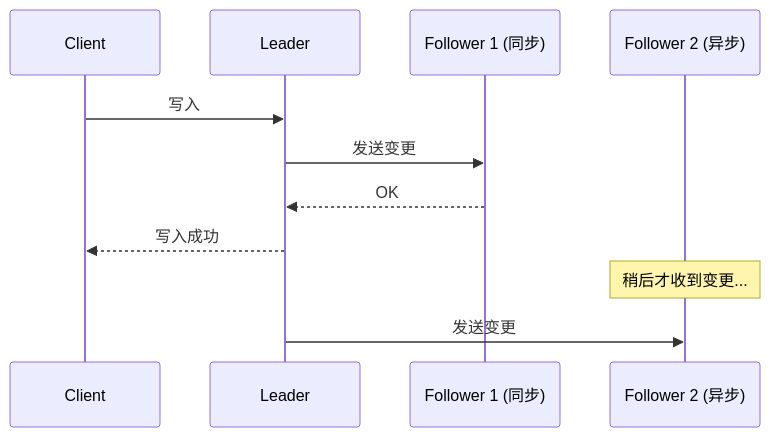
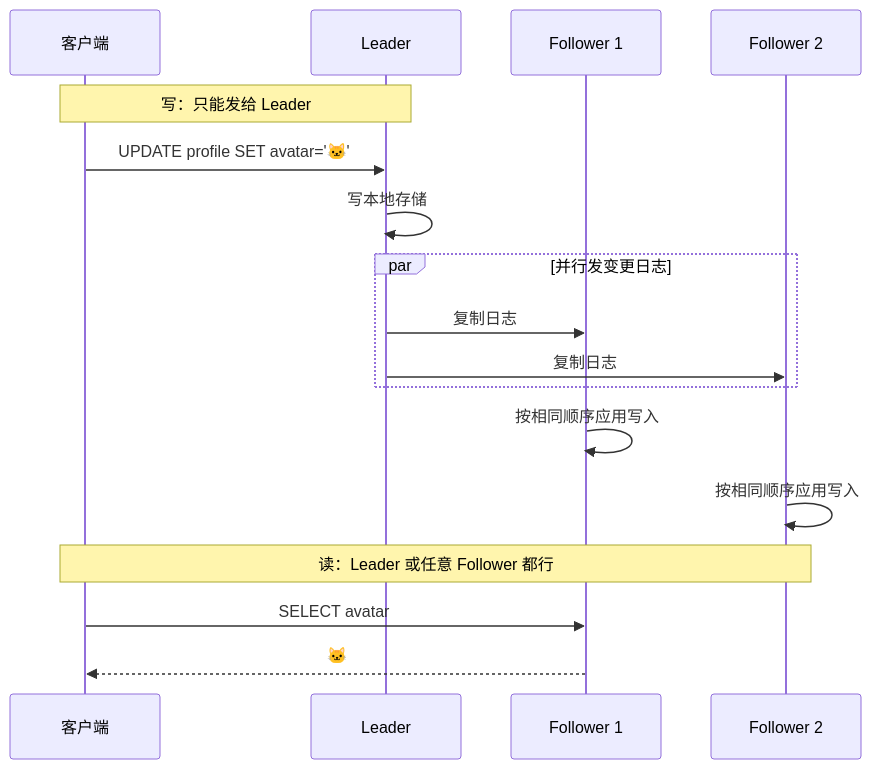
Before and after one commit to socoo123/ddia_2nd: the third of 28 diagrams in ch06-复制.md, drawn with Mermaid. The commit also changed other lines of this file and 8 other files, not shown here.

First line of the commit message:
重写 ch01-ch09 读书笔记：风格统一 + 内容扩充 + 大量图表

````diff
--- a/ch06-复制.md
+++ b/ch06-复制.md
@@ -116,14 +91,20 @@
 ```mermaid
 sequenceDiagram
-    participant Client
-    participant Leader
-    participant F1 as Follower 1 (同步)
-    participant F2 as Follower 2 (异步)
+    participant C as 客户端
+    participant L as Leader
+    participant F1 as Follower 1
+    participant F2 as Follower 2
 
-    Client->>Leader: 写入
-    Leader->>F1: 发送变更
-    F1-->>Leader: OK
-    Leader-->>Client: 写入成功
-    Note over F2: 稍后才收到变更...
-    Leader->>F2: 发送变更
+    Note over C,L: 写：只能发给 Leader
+    C->>L: UPDATE profile SET avatar='🐱'
+    L->>L: 写本地存储
+    par 并行发变更日志
+        L->>F1: 复制日志
+        L->>F2: 复制日志
+    end
+    F1->>F1: 按相同顺序应用写入
+    F2->>F2: 按相同顺序应用写入
+    Note over C,F2: 读：Leader 或任意 Follower 都行
+    C->>F1: SELECT avatar
+    F1-->>C: 🐱
 ```
````
